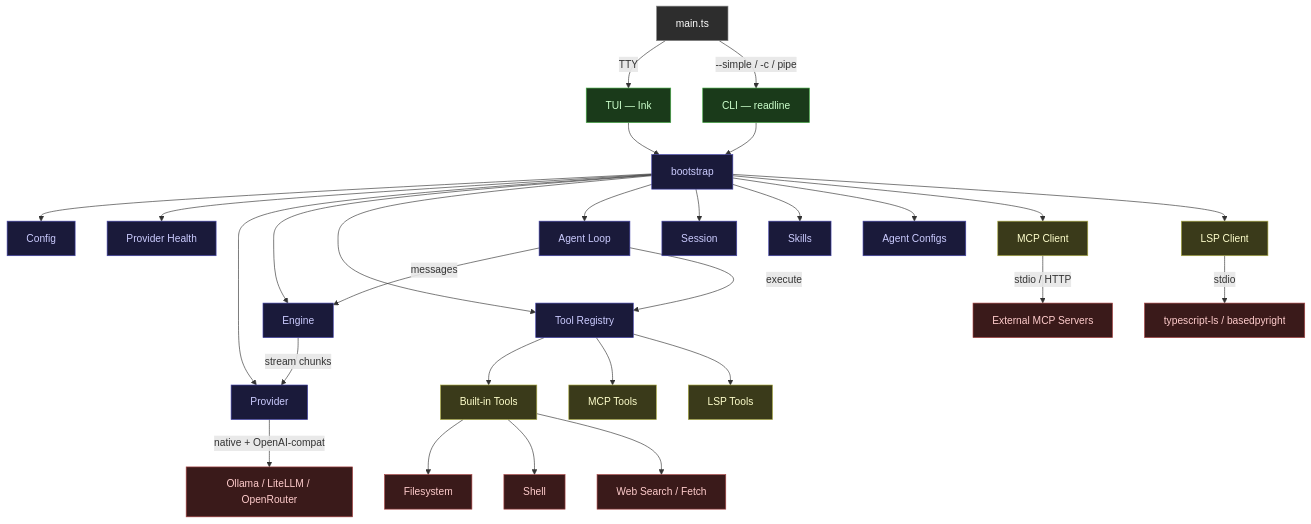
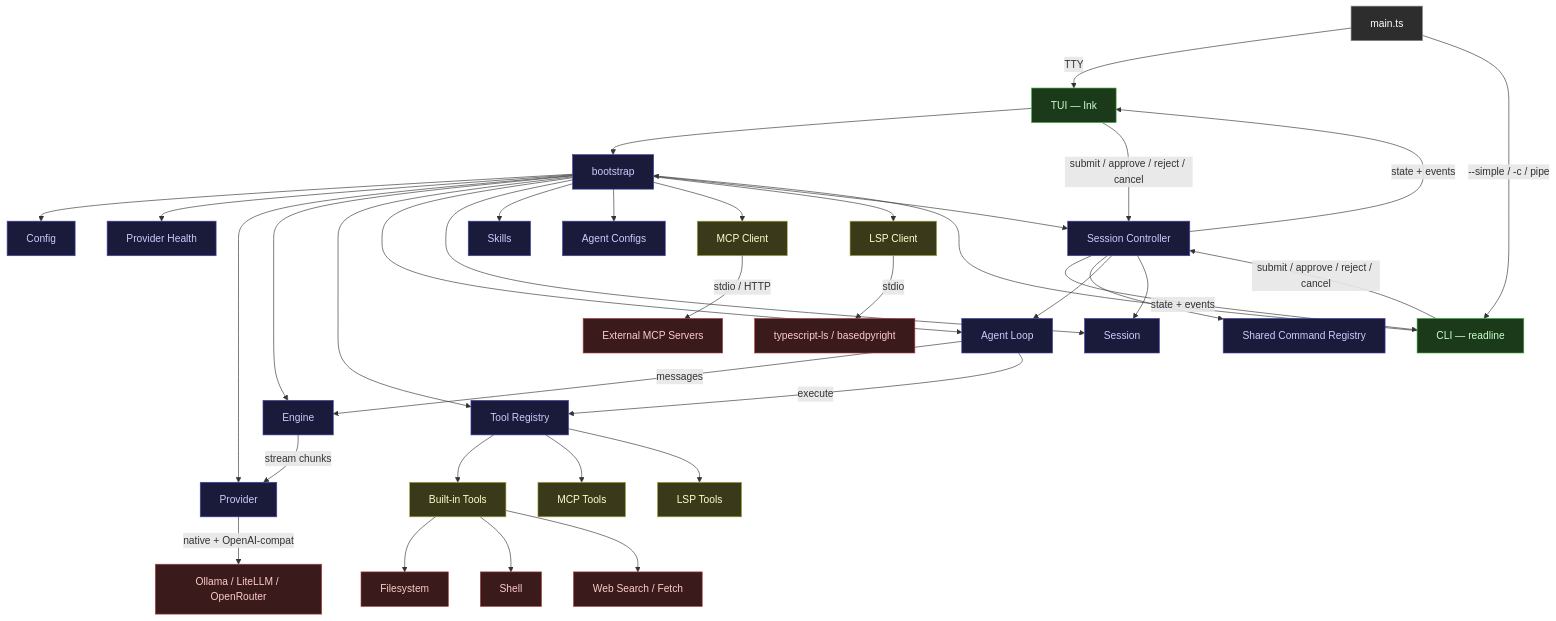
Before and after one commit to crystoll/anvil: the first of 3 diagrams in docs/architecture.md, drawn with Mermaid. The commit also changed other lines of this file and 3 other files, not shown here.

Commit message:
Document shared session controller

````diff
--- a/docs/architecture.md
+++ b/docs/architecture.md
@@ -5,54 +5,64 @@
 ```mermaid
 graph TB
     %% Entry
     main[main.ts] -->|TTY| tui[TUI — Ink]
     main -->|--simple / -c / pipe| cli[CLI — readline]
 
-    %% Bootstrap
+    %% Bootstrap and controller creation
     tui --> boot[bootstrap]
     cli --> boot
 
     %% Bootstrap creates AppContext
     boot --> cfg[Config]
     boot --> health[Provider Health]
     boot --> prov[Provider]
     boot --> eng[Engine]
     boot --> reg[Tool Registry]
     boot --> agent[Agent Loop]
     boot --> sess[Session]
     boot --> skills[Skills]
     boot --> agents[Agent Configs]
     boot --> mcp[MCP Client]
     boot --> lsp[LSP Client]
+    boot --> controller[Session Controller]
+
+    %% Shared session control
+    tui -->|submit / approve / reject / cancel| controller
+    cli -->|submit / approve / reject / cancel| controller
+    controller -->|state + events| tui
+    controller -->|state + events| cli
+    controller --> commands[Shared Command Registry]
+    controller --> agent
+    controller --> sess
 
     %% Runtime data flow
     eng -->|stream chunks| prov
     prov -->|native + OpenAI-compat| endpoints[Ollama / LiteLLM / OpenRouter]
     agent -->|messages| eng
     agent -->|execute| reg
 
     %% Tool sources
     reg --> builtins[Built-in Tools]
     reg --> mcptools[MCP Tools]
     reg --> lsptools[LSP Tools]
 
     %% External connections
     mcp -->|stdio / HTTP| mcpservers[External MCP Servers]
     lsp -->|stdio| langservers[typescript-ls / basedpyright]
     builtins --> fs[Filesystem]
     builtins --> shell[Shell]
     builtins --> web[Web Search / Fetch]
 
     %% Styling
     classDef entry fill:#2d2d2d,stroke:#888,color:#fff
     classDef ui fill:#1a3a1a,stroke:#4a4,color:#cfc
     classDef core fill:#1a1a3a,stroke:#44a,color:#ccf
     classDef ext fill:#3a1a1a,stroke:#a44,color:#fcc
     classDef tool fill:#3a3a1a,stroke:#aa4,color:#ffc
 
     class main entry
     class tui,cli ui
-    class boot,cfg,health,eng,agent,prov,reg,sess,skills,agents core
+    class boot,cfg,health,eng,agent,prov,reg,sess,skills,agents,controller,commands core
     class endpoints,mcpservers,langservers,fs,shell,web ext
     class builtins,mcptools,lsptools,mcp,lsp tool
 ```
````
